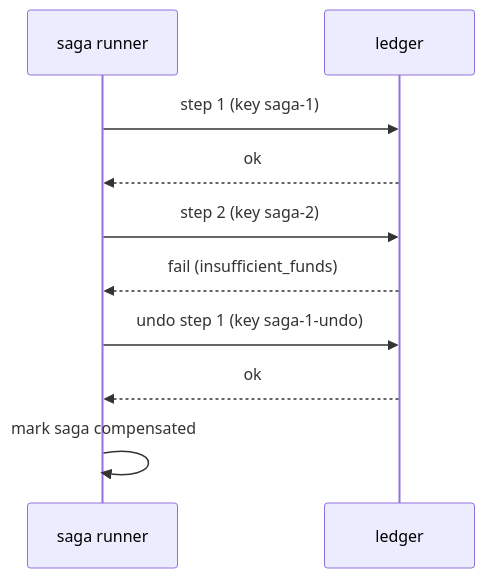
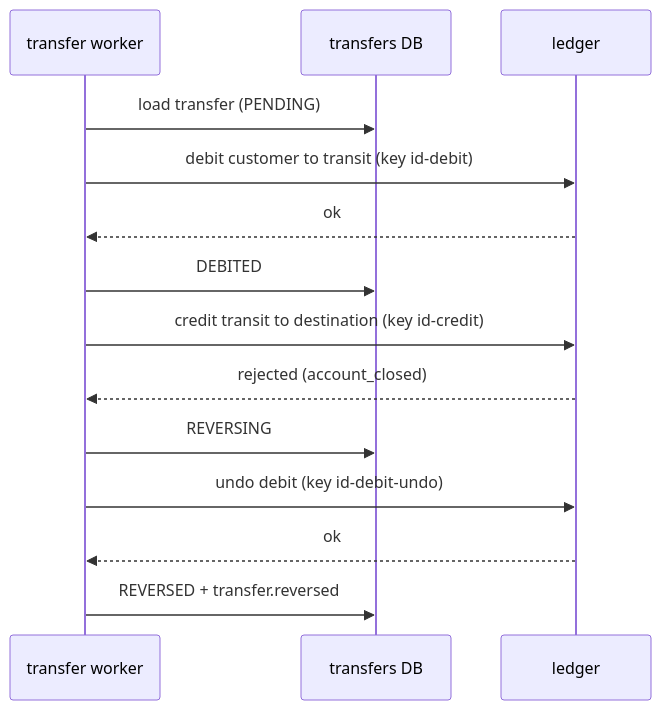
The second of 2 diagrams in docs/transfers-ordering.md (GodwinJacobR/mock-bank), drawn with Mermaid before and after one commit. The commit also changed other lines of this file and 19 other files, not shown here.

````diff
--- a/docs/transfers-ordering.md
+++ b/docs/transfers-ordering.md
@@ -34,12 +30,16 @@
 ```mermaid
 sequenceDiagram
-  participant S as saga runner
+  participant W as transfer worker
+  participant DB as transfers DB
   participant L as ledger
-  S->>L: step 1 (key saga-1)
-  L-->>S: ok
-  S->>L: step 2 (key saga-2)
-  L-->>S: fail (insufficient_funds)
-  S->>L: undo step 1 (key saga-1-undo)
-  L-->>S: ok
-  S->>S: mark saga compensated
+  W->>DB: load transfer (PENDING)
+  W->>L: debit customer to transit (key id-debit)
+  L-->>W: ok
+  W->>DB: DEBITED
+  W->>L: credit transit to destination (key id-credit)
+  L-->>W: rejected (account_closed)
+  W->>DB: REVERSING
+  W->>L: undo debit (key id-debit-undo)
+  L-->>W: ok
+  W->>DB: REVERSED + transfer.reversed
 ```
````
